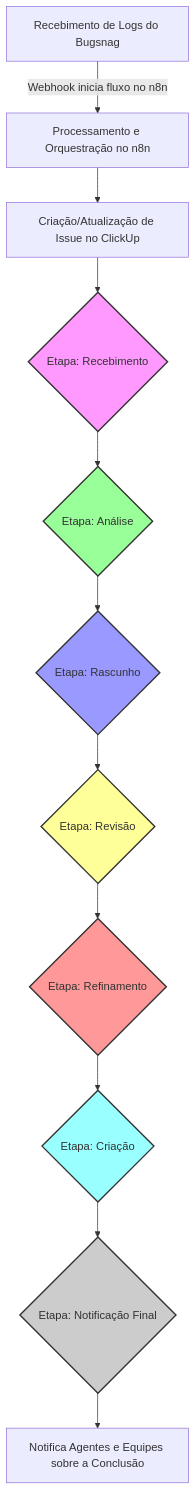
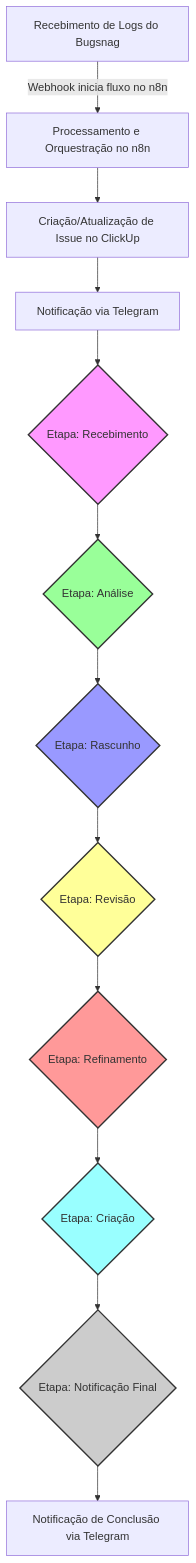
One commit to kleber-rr/loganalyze changed the diagram in PROJETO.md. Above: the diagram before and after it, drawn with Mermaid. The commit also changed other lines of this file and 6 other files, not shown here.

````diff
--- a/PROJETO.md
+++ b/PROJETO.md
@@ -201,35 +253,36 @@
 ```mermaid
 graph TD
     A[Recebimento de Logs do Bugsnag] -->|Webhook inicia fluxo no n8n| B[Processamento e Orquestração no n8n]
     B --> C[Criação/Atualização de Issue no ClickUp]
-    C --> D{Etapa: Recebimento}
-    D --> E{Etapa: Análise}
-    E --> F{Etapa: Rascunho}
-    F --> G{Etapa: Revisão}
-    G --> H{Etapa: Refinamento}
-    H --> I{Etapa: Criação}
-    I --> J{Etapa: Notificação Final}
-    J --> K[Notifica Agentes e Equipes sobre a Conclusão]
+    C --> D[Notificação via Telegram]
+    D --> E{Etapa: Recebimento}
+    E --> F{Etapa: Análise}
+    F --> G{Etapa: Rascunho}
+    G --> H{Etapa: Revisão}
+    H --> I{Etapa: Refinamento}
+    I --> J{Etapa: Criação}
+    J --> K{Etapa: Notificação Final}
+    K --> L[Notificação de Conclusão via Telegram]
     
     %% Definição de agentes responsáveis por cada etapa (no ClickUp, gerenciado pelo n8n)
-    D:::agent1
-    E:::agent2
-    F:::agent3
-    G:::agent4
-    H:::agent5
-    I:::agent6
-    J:::agent7
+    E:::agent1
+    F:::agent2
+    G:::agent3
+    H:::agent4
+    I:::agent5
+    J:::agent6
+    K:::agent7
 
     %% Estilos para diferenciar os agentes ou tipos de etapas
     classDef agent1 fill:#f9f,stroke:#333,stroke-width:2px;
     classDef agent2 fill:#9f9,stroke:#333,stroke-width:2px;
     classDef agent3 fill:#99f,stroke:#333,stroke-width:2px;
     classDef agent4 fill:#ff9,stroke:#333,stroke-width:2px;
     classDef agent5 fill:#f99,stroke:#333,stroke-width:2px;
     classDef agent6 fill:#9ff,stroke:#333,stroke-width:2px;
     classDef agent7 fill:#ccc,stroke:#333,stroke-width:2px;
     
     %% Para dar um formato diferente às etapas de fluxo de trabalho no ClickUp
     classDef stage shape:rhombus;
-    class D,E,F,G,H,I,J stage;
+    class E,F,G,H,I,J,K stage;
 ```
````
